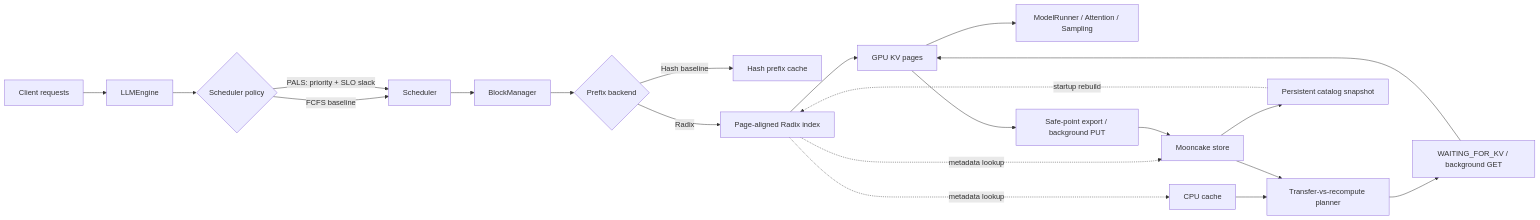
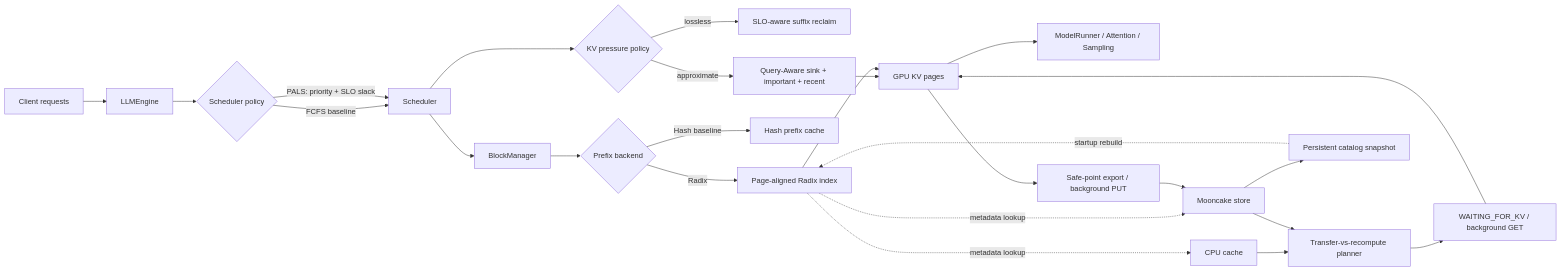
The diagram in README.md (Xuhang0607/nano-vllm-qos), drawn with Mermaid before and after one commit. The commit also changed other lines of this file and 66 other files, not shown here.

Commit message:
Add SLO-aware KV reclaim and query-aware compression

````diff
--- a/README.md
+++ b/README.md
@@ -51,23 +53,27 @@
 ```mermaid
 flowchart LR
     A[Client requests] --> B[LLMEngine]
     B --> C{Scheduler policy}
     C -->|FCFS baseline| D[Scheduler]
     C -->|PALS: priority + SLO slack| D
     D --> E[BlockManager]
+    D --> Q{KV pressure policy}
+    Q -->|lossless| R[SLO-aware suffix reclaim]
+    Q -->|approximate| S[Query-Aware sink + important + recent]
+    S --> I
     E --> F{Prefix backend}
     F -->|Hash baseline| G[Hash prefix cache]
     F -->|Radix| H[Page-aligned Radix index]
     H --> I[GPU KV pages]
     H -. metadata lookup .-> J[CPU cache]
     H -. metadata lookup .-> K[Mooncake store]
     J --> L[Transfer-vs-recompute planner]
     K --> L
     L --> N[WAITING_FOR_KV / background GET]
     N --> I
     I --> M[ModelRunner / Attention / Sampling]
     I --> O[Safe-point export / background PUT]
     O --> K
     K --> P[Persistent catalog snapshot]
     P -. startup rebuild .-> H
 ```
````
